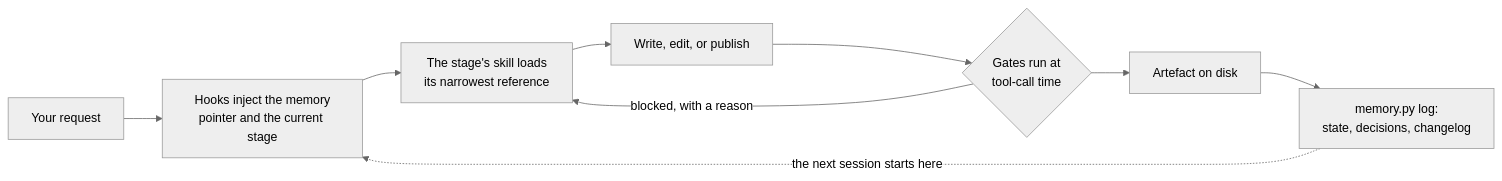
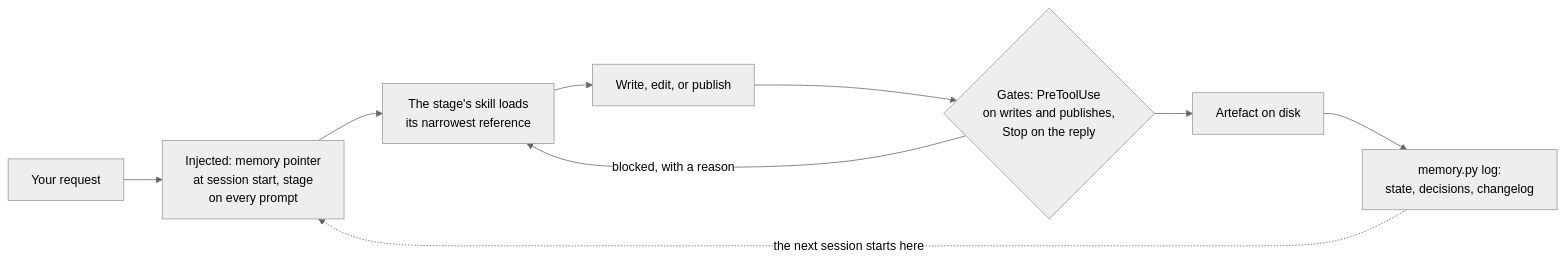
The first of 2 diagrams in README.md (lukesw55/ai-pm-toolkit), drawn with Mermaid (neutral theme) before and after one commit. The commit also changed other lines of this file and 2 other files, not shown here.

````diff
--- a/README.md
+++ b/README.md
@@ -63,11 +63,11 @@
 ```mermaid
 flowchart LR
-    U["Your request"] --> H["Hooks inject the memory<br/>pointer and the current stage"]
+    U["Your request"] --> H["Injected: memory pointer<br/>at session start, stage<br/>on every prompt"]
     H --> S["The stage's skill loads<br/>its narrowest reference"]
     S --> W["Write, edit, or publish"]
-    W --> G{"Gates run at<br/>tool-call time"}
+    W --> G{"Gates: PreToolUse<br/>on writes and publishes,<br/>Stop on the reply"}
     G -->|blocked, with a reason| S
     G --> A["Artefact on disk"]
     A --> M["memory.py log:<br/>state, decisions, changelog"]
     M -.->|the next session starts here| H
 ```
````
